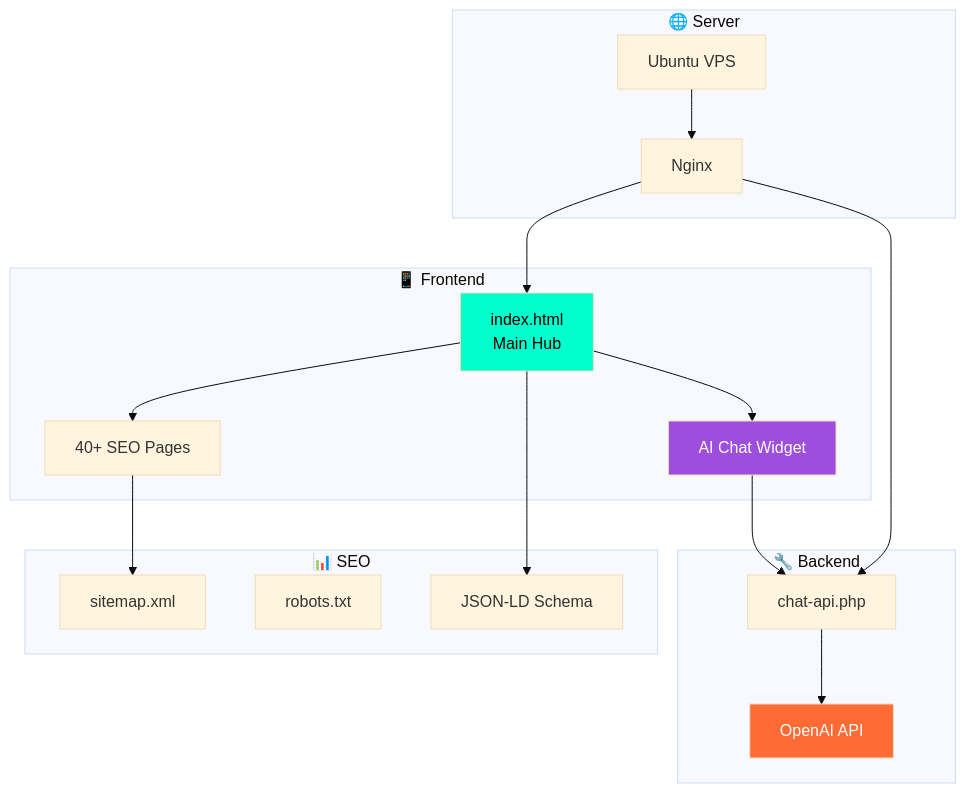
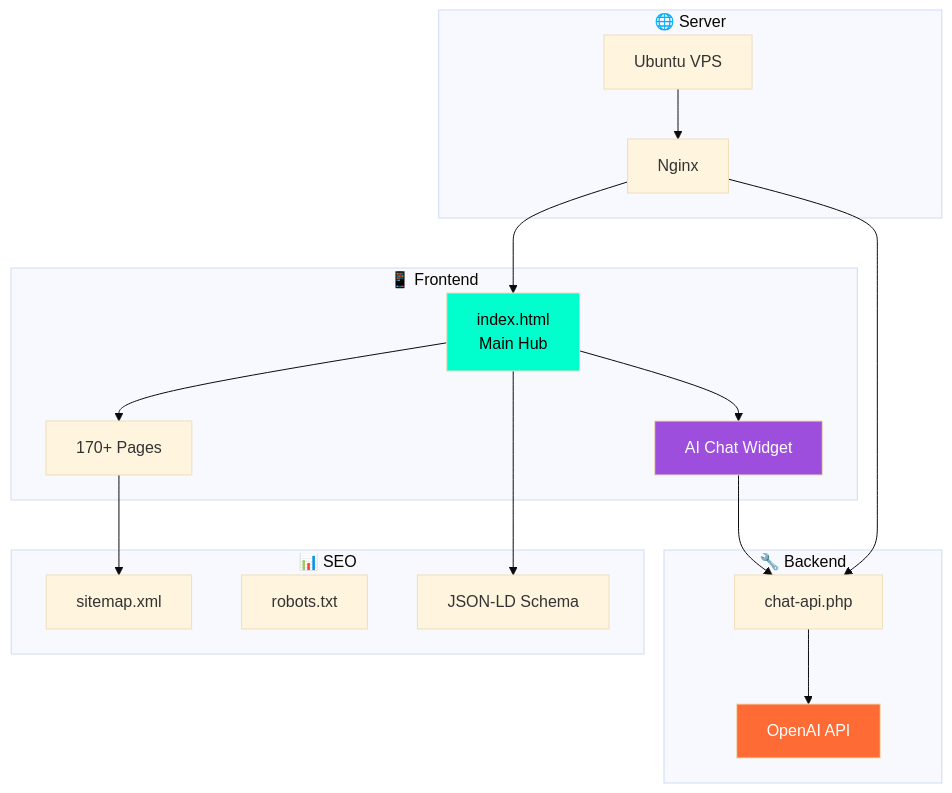
Before and after one commit to nicedreamzapp/DisclosureDay: the second of 2 diagrams in README.md, drawn with Mermaid (base theme). The commit also changed other lines of this file, not shown here.

````diff
--- a/README.md
+++ b/README.md
@@ -189,31 +200,31 @@
 ```mermaid
 graph TB
     subgraph "📱 Frontend"
-        A[index.html<br/>Main Hub] --> B[40+ SEO Pages]
+        A[index.html<br/>Main Hub] --> B[170+ Pages]
         A --> C[AI Chat Widget]
     end
 
     subgraph "🔧 Backend"
         C --> D[chat-api.php]
         D --> E[OpenAI API]
     end
 
     subgraph "🌐 Server"
         F[Nginx] --> A
         F --> D
         G[Ubuntu VPS] --> F
     end
 
     subgraph "📊 SEO"
         H[sitemap.xml]
         I[robots.txt]
         J[JSON-LD Schema]
     end
 
     B --> H
     A --> J
 
     style A fill:#00ffcc,color:#000
     style C fill:#9d4edd,color:#fff
     style E fill:#ff6b35,color:#fff
 ```
````
